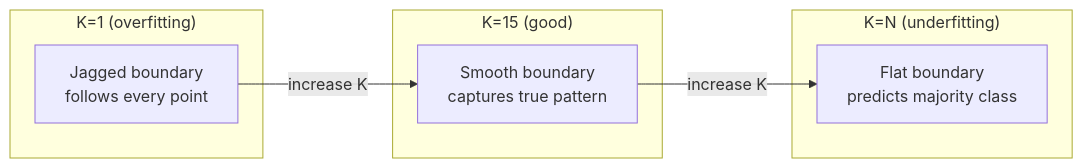
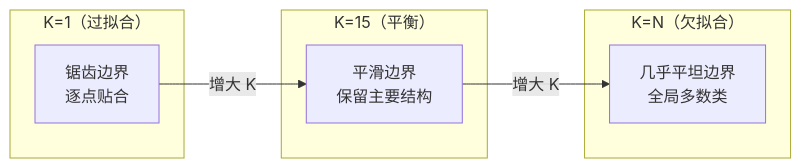
One commit to omigaZen/ai-engineering-from-scratch changed the second of 3 diagrams in phases/02-ml-fundamentals/06-knn-and-distances/docs/zh.md. Above: the diagram before and after it, drawn with Mermaid. The commit also changed other lines of this file and 3 other files, not shown here.

````diff
--- a/phases/02-ml-fundamentals/06-knn-and-distances/docs/zh.md
+++ b/phases/02-ml-fundamentals/06-knn-and-distances/docs/zh.md
@@ -86,13 +66,13 @@
 ```mermaid
 graph LR
-    subgraph "K=1 (overfitting)"
-        A["Jagged boundary<br>follows every point"]
+    subgraph "K=1（过拟合）"
+        A["锯齿边界<br>逐点贴合"]
     end
-    subgraph "K=15 (good)"
-        B["Smooth boundary<br>captures true pattern"]
+    subgraph "K=15（平衡）"
+        B["平滑边界<br>保留主要结构"]
     end
-    subgraph "K=N (underfitting)"
-        C["Flat boundary<br>predicts majority class"]
+    subgraph "K=N（欠拟合）"
+        C["几乎平坦边界<br>全局多数类"]
     end
-    A -->|"increase K"| B -->|"increase K"| C
+    A -->|"增大 K"| B -->|"增大 K"| C
 ```
````
